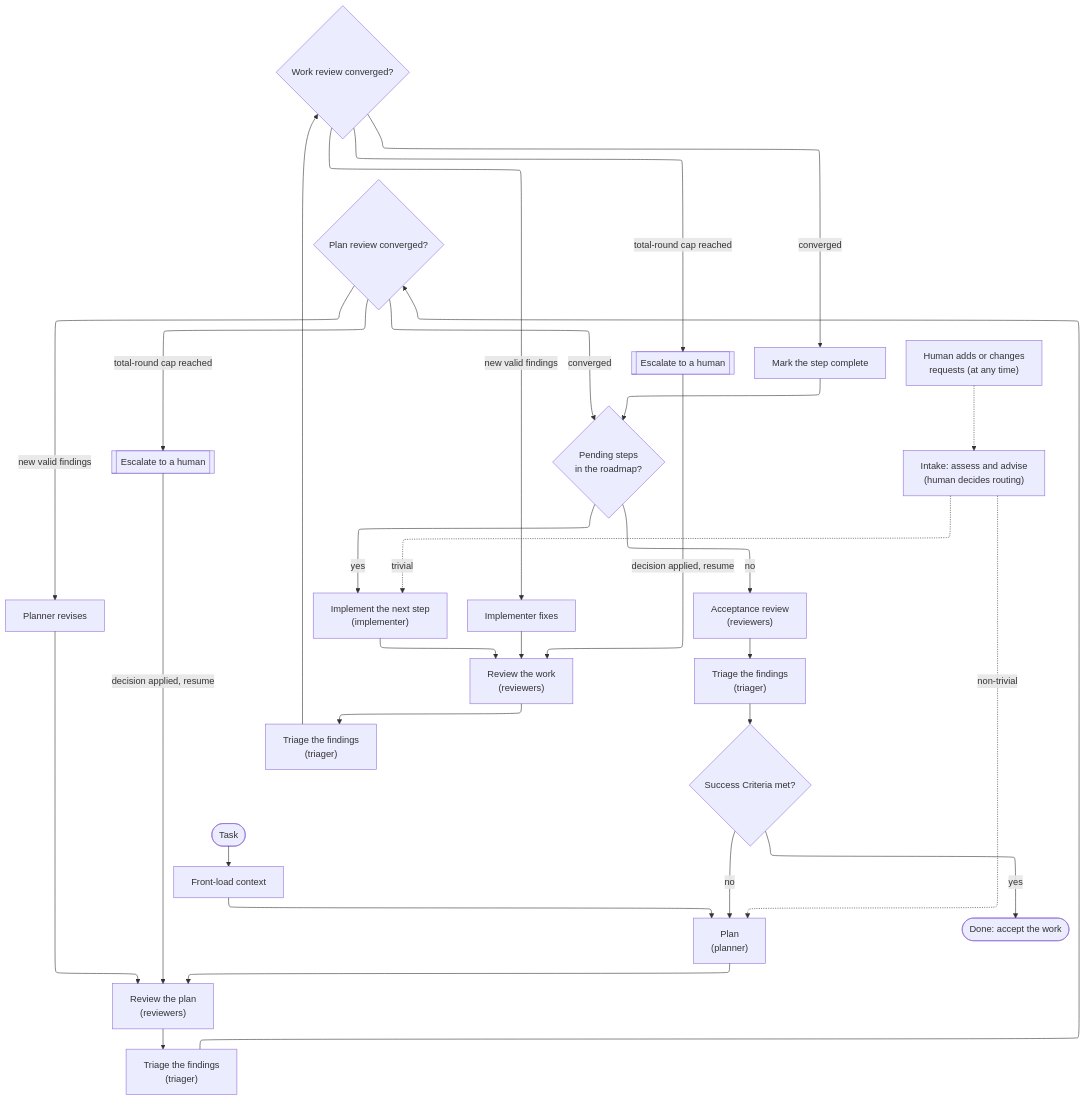
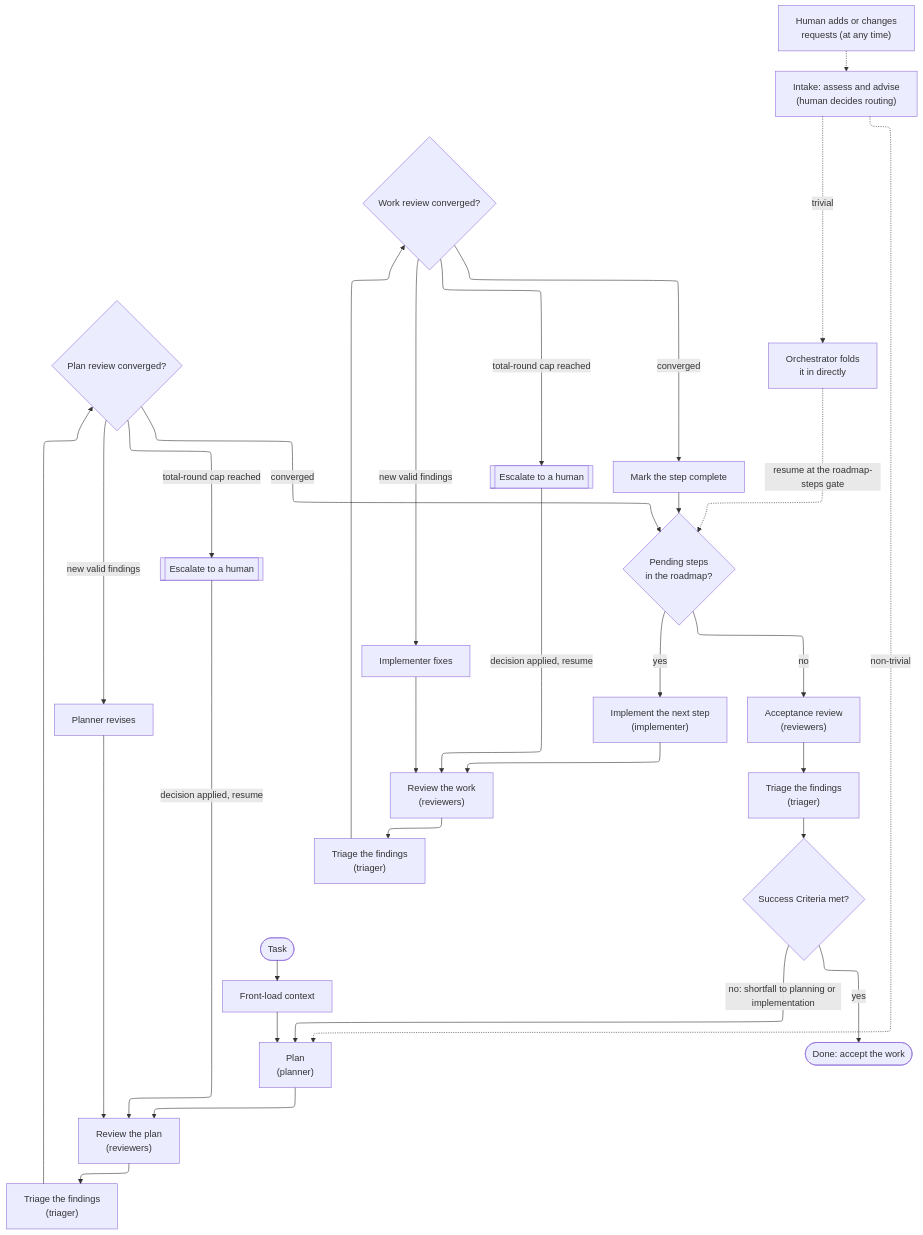
One commit to nothingnesses/agent-scaffold changed the diagram in README.md. Above: the diagram before and after it, drawn with Mermaid. The commit also changed 11 other files, not shown here.

````diff
--- a/README.md
+++ b/README.md
@@ -79,35 +79,36 @@
 ```mermaid
 ---
 config:
   layout: elk
 ---
 flowchart TB
     start(["Task"]) --> ctx["Front-load context"]
     ctx --> plan["Plan<br/>(planner)"]
     plan --> preview["Review the plan<br/>(reviewers)"]
     preview --> ptriage["Triage the findings<br/>(triager)"]
     ptriage --> pdec{"Plan review converged?"}
     pdec -->|new valid findings| previse["Planner revises"]
     previse --> preview
     pdec -->|total-round cap reached| pesc[["Escalate to a human"]]
     pesc -->|decision applied, resume| preview
     pdec -->|converged| steps{"Pending steps<br/>in the roadmap?"}
     steps -->|yes| impl["Implement the next step<br/>(implementer)"]
     impl --> wreview["Review the work<br/>(reviewers)"]
     wreview --> wtriage["Triage the findings<br/>(triager)"]
     wtriage --> wdec{"Work review converged?"}
     wdec -->|new valid findings| wfix["Implementer fixes"]
     wfix --> wreview
     wdec -->|total-round cap reached| wesc[["Escalate to a human"]]
     wesc -->|decision applied, resume| wreview
     wdec -->|converged| mark["Mark the step complete"]
     mark --> steps
     steps -->|no| accept["Acceptance review<br/>(reviewers)"]
     accept --> atriage["Triage the findings<br/>(triager)"]
     atriage --> adec{"Success Criteria met?"}
-    adec -->|no| plan
+    adec -->|"no: shortfall to planning or implementation"| plan
     adec -->|yes| done(["Done: accept the work"])
     interrupt["Human adds or changes<br/>requests (at any time)"] -.-> intake["Intake: assess and advise<br/>(human decides routing)"]
     intake -.->|non-trivial| plan
-    intake -.->|trivial| impl
+    intake -.->|trivial| fold["Orchestrator folds<br/>it in directly"]
+    fold -.->|"resume at the roadmap-steps gate"| steps
 ```
````
